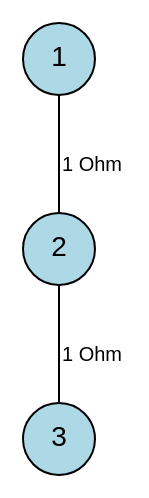
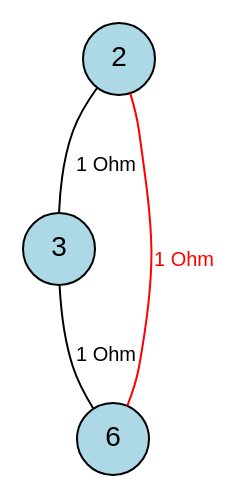
One commit to francescofoglia0/CircuitsProject changed the diagram in BuildProject/depina_ciclo_1.dot. Above: the diagram before and after it, drawn with Graphviz. The commit also changed 28 other files, not shown here.

```diff
--- a/BuildProject/depina_ciclo_1.dot
+++ b/BuildProject/depina_ciclo_1.dot
@@ -1,8 +1,9 @@
 graph Circuito {
     // Stile dei nodi e degli archi
     node [shape=circle, style=filled, fillcolor=lightblue, fontname="Helvetica"];
     edge [fontname="Helvetica", fontsize=10];
 
-    1 -- 2 [label="\n1 Ohm"];
     2 -- 3 [label="\n1 Ohm"];
+    2 -- 6 [label="\n1 Ohm", color="red", fontcolor="red"];
+    3 -- 6 [label="\n1 Ohm"];
 }
```
